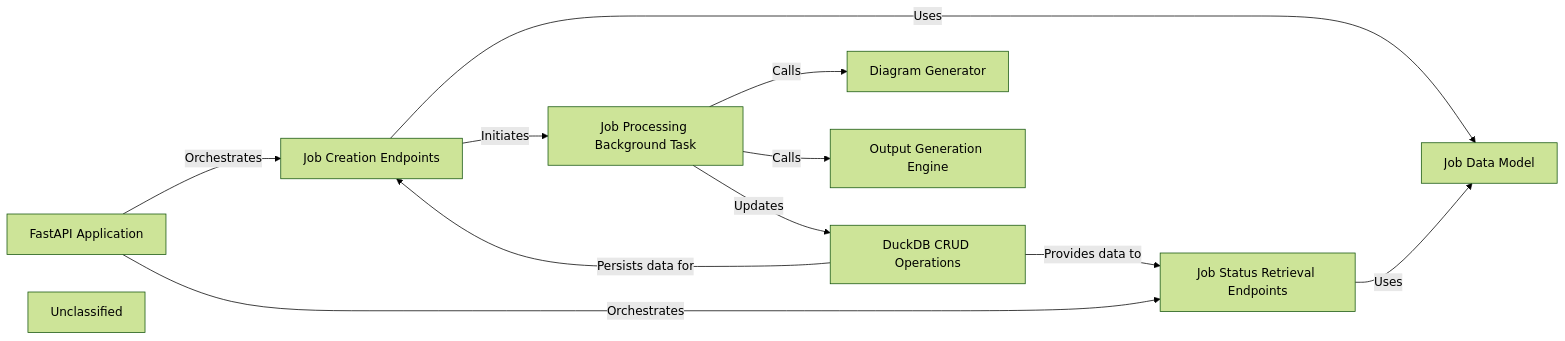
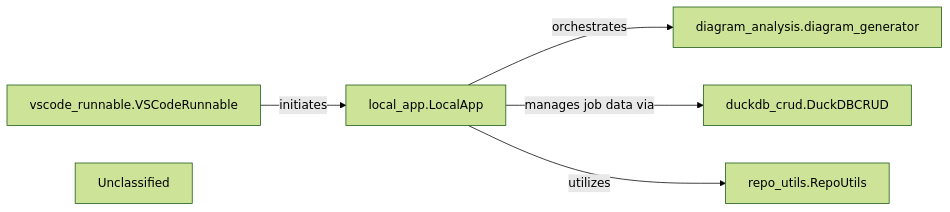
One commit to mariyam866/CodeBoarding changed the diagram in .codeboarding/API_Service.md. Above: the diagram before and after it, drawn with Mermaid (forest theme). The commit also changed other lines of this file and 15 other files, not shown here.

First line of the commit message:
docs: update codeboarding documentation and generate architecture

````diff
--- a/.codeboarding/API_Service.md
+++ b/.codeboarding/API_Service.md
@@ -1,23 +1,13 @@
 ```mermaid
 graph LR
-    FastAPI_Application["FastAPI Application"]
-    Job_Creation_Endpoints["Job Creation Endpoints"]
-    Job_Status_Retrieval_Endpoints["Job Status Retrieval Endpoints"]
-    Job_Processing_Background_Task["Job Processing Background Task"]
-    Job_Data_Model["Job Data Model"]
-    DuckDB_CRUD_Operations["DuckDB CRUD Operations"]
-    Diagram_Generator["Diagram Generator"]
-    Output_Generation_Engine["Output Generation Engine"]
+    local_app_LocalApp["local_app.LocalApp"]
+    diagram_analysis_diagram_generator["diagram_analysis.diagram_generator"]
+    duckdb_crud_DuckDBCRUD["duckdb_crud.DuckDBCRUD"]
+    repo_utils_RepoUtils["repo_utils.RepoUtils"]
+    vscode_runnable_VSCodeRunnable["vscode_runnable.VSCodeRunnable"]
     Unclassified["Unclassified"]
-    FastAPI_Application -- "Orchestrates" --> Job_Creation_Endpoints
-    FastAPI_Application -- "Orchestrates" --> Job_Status_Retrieval_Endpoints
-    Job_Creation_Endpoints -- "Uses" --> Job_Data_Model
-    Job_Creation_Endpoints -- "Initiates" --> Job_Processing_Background_Task
-    Job_Status_Retrieval_Endpoints -- "Uses" --> Job_Data_Model
-    Job_Processing_Background_Task -- "Calls" --> Diagram_Generator
-    Job_Processing_Background_Task -- "Calls" --> Output_Generation_Engine
-    DuckDB_CRUD_Operations -- "Persists data for" --> Job_Creation_Endpoints
-    DuckDB_CRUD_Operations -- "Provides data to" --> Job_Status_Retrieval_Endpoints
-    Job_Processing_Background_Task -- "Updates" --> DuckDB_CRUD_Operations
-    click Output_Generation_Engine href "https://github.com/CodeBoarding/CodeBoarding/blob/main/.codeboarding/Output_Generation_Engine.md" "Details"
+    vscode_runnable_VSCodeRunnable -- "initiates" --> local_app_LocalApp
+    local_app_LocalApp -- "orchestrates" --> diagram_analysis_diagram_generator
+    local_app_LocalApp -- "manages job data via" --> duckdb_crud_DuckDBCRUD
+    local_app_LocalApp -- "utilizes" --> repo_utils_RepoUtils
 ```
````
